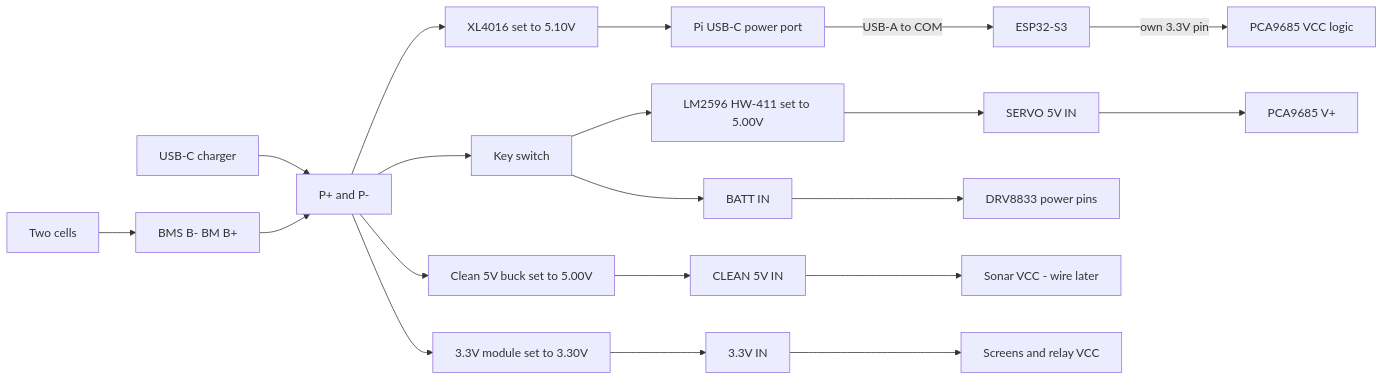
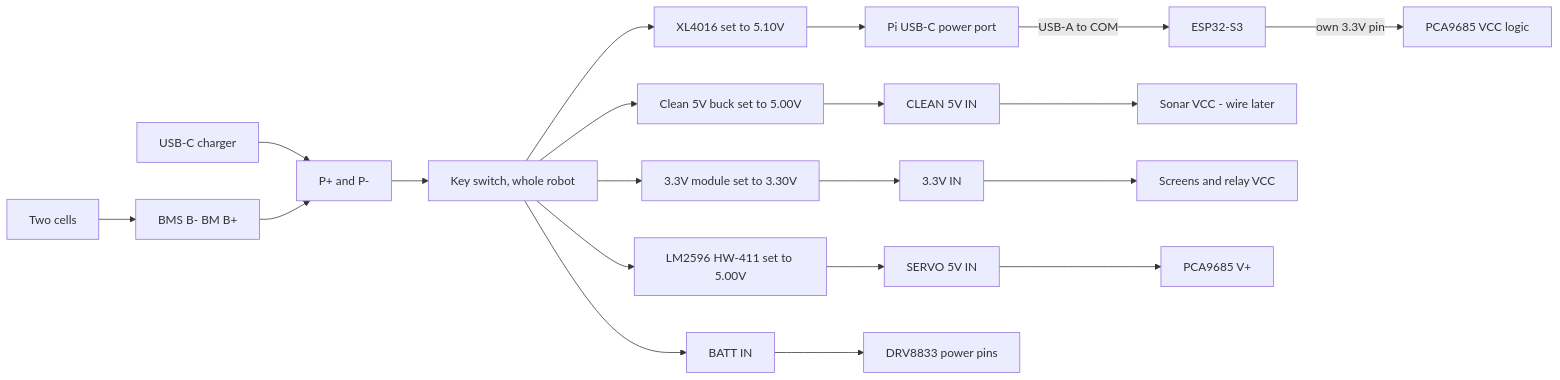
One commit to ms95ir-ctrl/Abadi_Rover changed the first of 4 diagrams in wiring.md. Above: the diagram before and after it, drawn with Mermaid. The commit also changed other lines of this file and 3 other files, not shown here.

First line of the commit message:
Put the key switch on the main pack plus wire.

````diff
--- a/wiring.md
+++ b/wiring.md
@@ -32,26 +32,26 @@
 ```mermaid
 flowchart LR
     Cells["Two cells"] --> BMS["BMS B- BM B+"]
     Charger["USB-C charger"] --> P["P+ and P-"]
     BMS --> P
 
-    P --> XL["XL4016 set to 5.10V"]
-    P --> Clean["Clean 5V buck set to 5.00V"]
-    P --> Mod33["3.3V module set to 3.30V"]
-    P --> Key["Key switch"]
+    P --> Key["Key switch, whole robot"]
+    Key --> XL["XL4016 set to 5.10V"]
+    Key --> Clean["Clean 5V buck set to 5.00V"]
+    Key --> Mod33["3.3V module set to 3.30V"]
+    Key --> Batt["BATT IN"]
+    Key --> ServoBuck["LM2596 HW-411 set to 5.00V"]
 
     XL --> Pi["Pi USB-C power port"]
     Pi -->|"USB-A to COM"| ESP["ESP32-S3"]
 
     Clean --> CleanIn["CLEAN 5V IN"]
     Mod33 --> Rail["3.3V IN"]
-    Key --> Batt["BATT IN"]
-    Key --> ServoBuck["LM2596 HW-411 set to 5.00V"]
     ServoBuck --> ServoIn["SERVO 5V IN"]
 
     Batt --> Motors["DRV8833 power pins"]
     CleanIn --> Sonar["Sonar VCC - wire later"]
     Rail --> Screens["Screens and relay VCC"]
     ServoIn --> PCAV["PCA9685 V+"]
     ESP -->|"own 3.3V pin"| PCALogic["PCA9685 VCC logic"]
 ```
````
